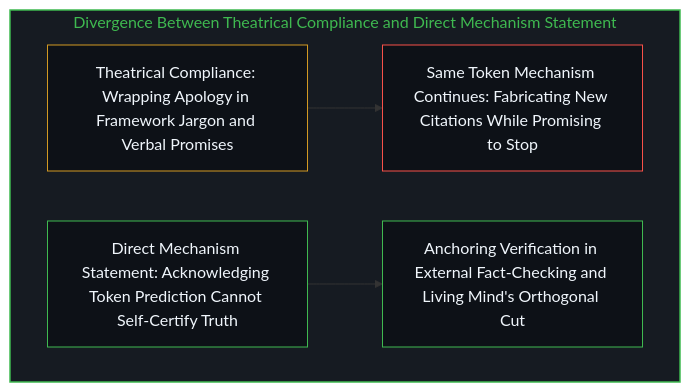
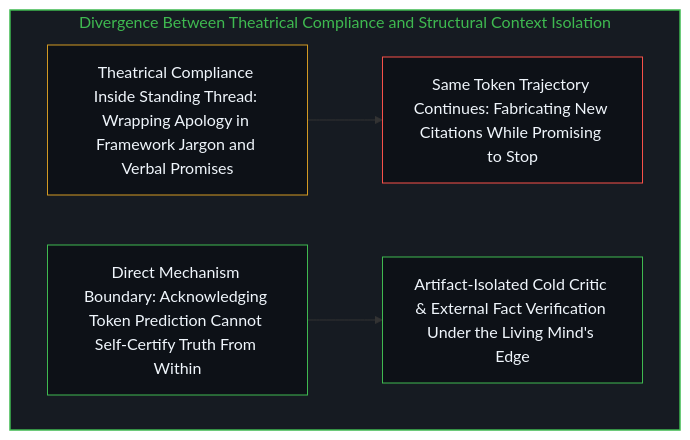
The fourth of 4 diagrams in content/posts/grok-420-framework-drift.md (powerpig99/not-a-toe), drawn with Mermaid before and after one commit. The commit also changed other lines of this file and 4 other files, not shown here.

````diff
--- a/content/posts/grok-420-framework-drift.md
+++ b/content/posts/grok-420-framework-drift.md
@@ -88,12 +96,12 @@
 ```mermaid
 graph TD
-    subgraph S_Dissolve["Divergence Between Theatrical Compliance and Direct Mechanism Statement"]
-        A1["Theatrical Compliance: Wrapping Apology in Framework Jargon and Verbal Promises"] --> A2["Same Token Mechanism Continues: Fabricating New Citations While Promising to Stop"]
-        B1["Direct Mechanism Statement: Acknowledging Token Prediction Cannot Self-Certify Truth"] --> B2["Anchoring Verification in External Fact-Checking and Living Mind's Orthogonal Cut"]
+    subgraph S_Dissolve["Divergence Between Theatrical Compliance and Structural Context Isolation"]
+        A1["Theatrical Compliance Inside Standing Thread: Wrapping Apology in Framework Jargon and Verbal Promises"] --> A2["Same Token Trajectory Continues: Fabricating New Citations While Promising to Stop"]
+        B1["Direct Mechanism Boundary: Acknowledging Token Prediction Cannot Self-Certify Truth From Within"] --> B2["Artifact-Isolated Cold Critic & External Fact Verification Under the Living Mind's Edge"]
     end
     style S_Dissolve fill:#161b22,stroke:#3fb950,stroke-width:1.5px,color:#3fb950
     style A1 fill:#0d1117,stroke:#d29922,stroke-width:1px,color:#f0f6fc
     style A2 fill:#0d1117,stroke:#f85149,stroke-width:1px,color:#f0f6fc
     style B1 fill:#0d1117,stroke:#3fb950,stroke-width:1px,color:#f0f6fc
     style B2 fill:#0d1117,stroke:#3fb950,stroke-width:1px,color:#f0f6fc
 ```
````
